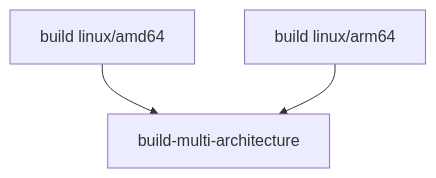
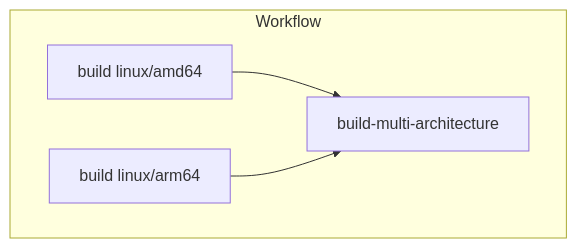
The second of 2 diagrams in README.md (int128/docker-manifest-create-action), drawn with Mermaid before and after one commit. The commit also changed other lines of this file, not shown here.

````diff
--- a/README.md
+++ b/README.md
@@ -113,6 +112,8 @@
 ```mermaid
 graph TB
-  amd64[build linux/amd64] --> build-multi-architecture
-  arm64[build linux/arm64] --> build-multi-architecture
-  build-multi-architecture
+  subgraph Workflow
+    amd64[build linux/amd64] --> build-multi-architecture
+    arm64[build linux/arm64] --> build-multi-architecture
+    build-multi-architecture
+  end
 ```
````
